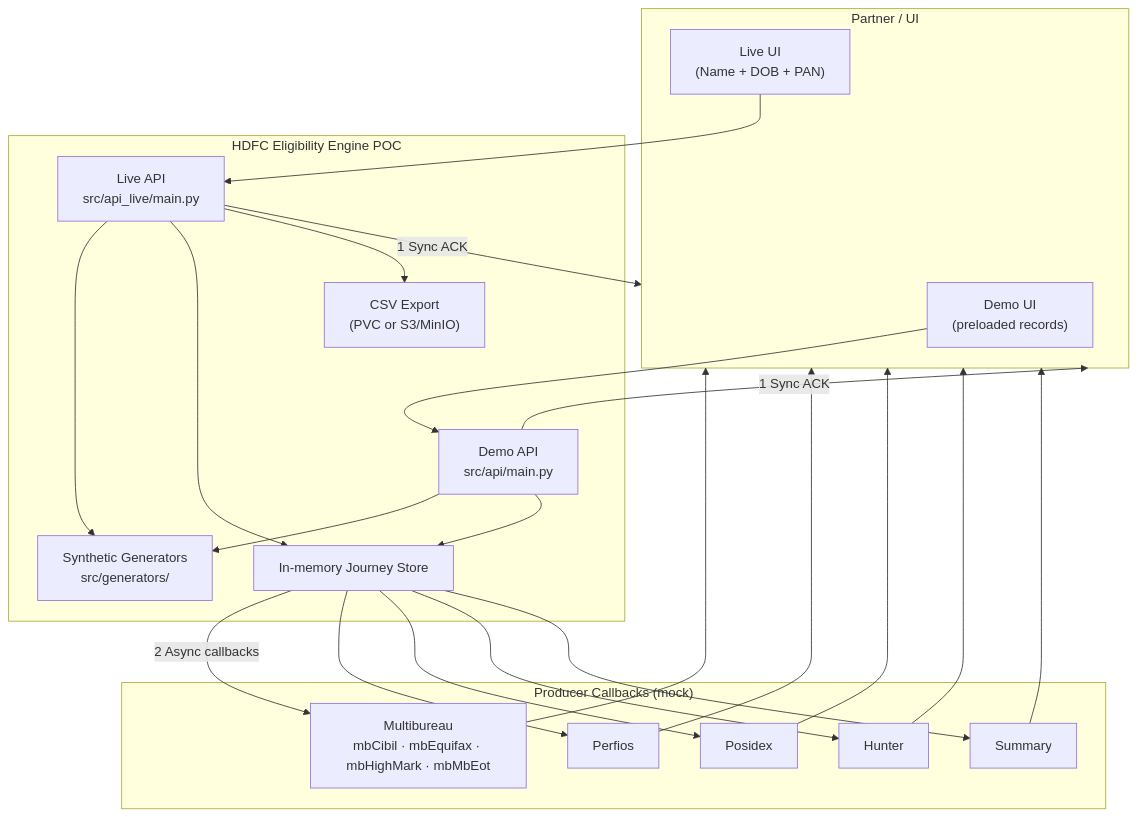
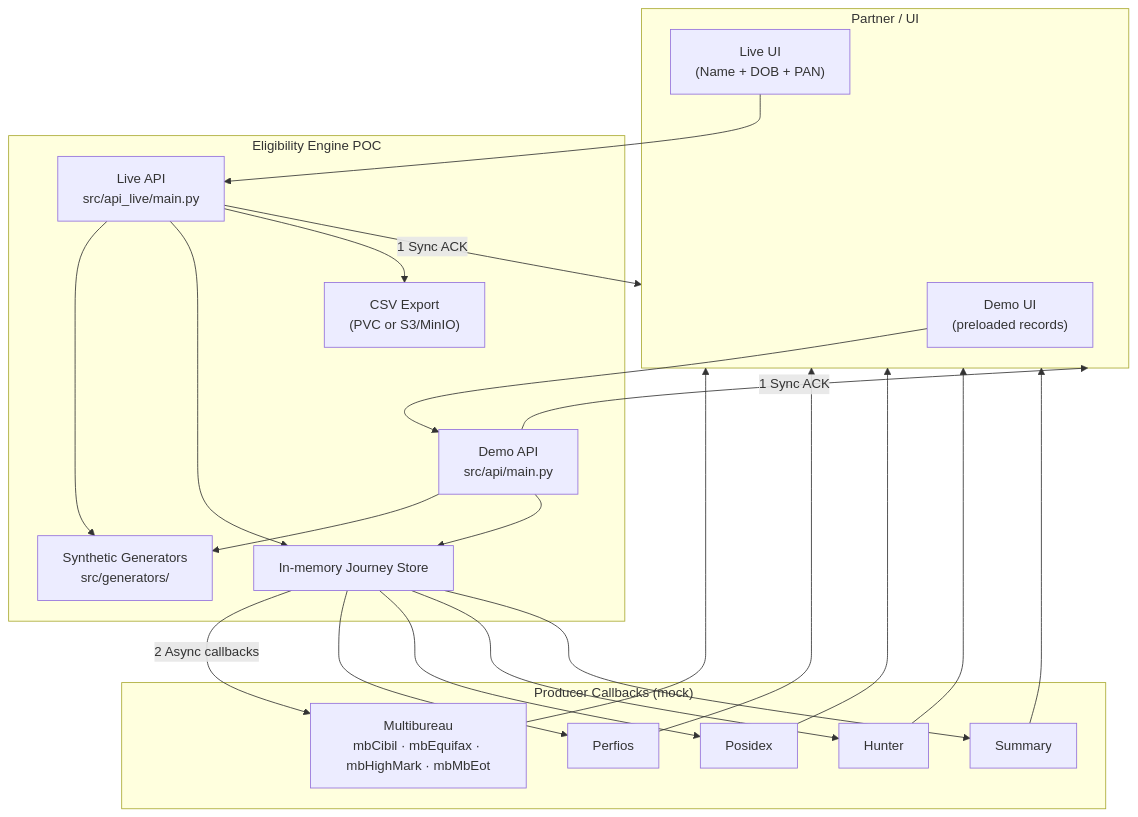
Before and after one commit to varunchach/SDG-API: the first of 5 diagrams in docs/EligibilityEngine_Approach_and_Architecture.md, drawn with Mermaid. The commit also changed other lines of this file and 15 other files, not shown here.

````diff
--- a/docs/EligibilityEngine_Approach_and_Architecture.md
+++ b/docs/EligibilityEngine_Approach_and_Architecture.md
@@ -41,40 +41,40 @@
 ```mermaid
 flowchart TB
     subgraph Partner["Partner / UI"]
         UI_DEMO["Demo UI\n(preloaded records)"]
         UI_LIVE["Live UI\n(Name + DOB + PAN)"]
     end
 
-    subgraph POC["HDFC Eligibility Engine POC"]
+    subgraph POC["Eligibility Engine POC"]
         API_DEMO["Demo API\nsrc/api/main.py"]
         API_LIVE["Live API\nsrc/api_live/main.py"]
         GEN["Synthetic Generators\nsrc/generators/"]
         STORE["In-memory Journey Store"]
         CSV["CSV Export\n(PVC or S3/MinIO)"]
     end
 
     subgraph Outputs["Producer Callbacks (mock)"]
         MB["Multibureau\nmbCibil · mbEquifax · mbHighMark · mbMbEot"]
         PF["Perfios"]
         PX["Posidex"]
         HN["Hunter"]
         SM["Summary"]
     end
 
     UI_DEMO --> API_DEMO
     UI_LIVE --> API_LIVE
     API_DEMO --> GEN
     API_LIVE --> GEN
     API_DEMO --> STORE
     API_LIVE --> STORE
     API_LIVE --> CSV
 
     API_DEMO -->|"1 Sync ACK"| Partner
     API_LIVE -->|"1 Sync ACK"| Partner
     STORE -->|"2 Async callbacks"| MB
     STORE --> PF
     STORE --> PX
     STORE --> HN
     STORE --> SM
     MB & PF & PX & HN & SM --> Partner
 ```
````
